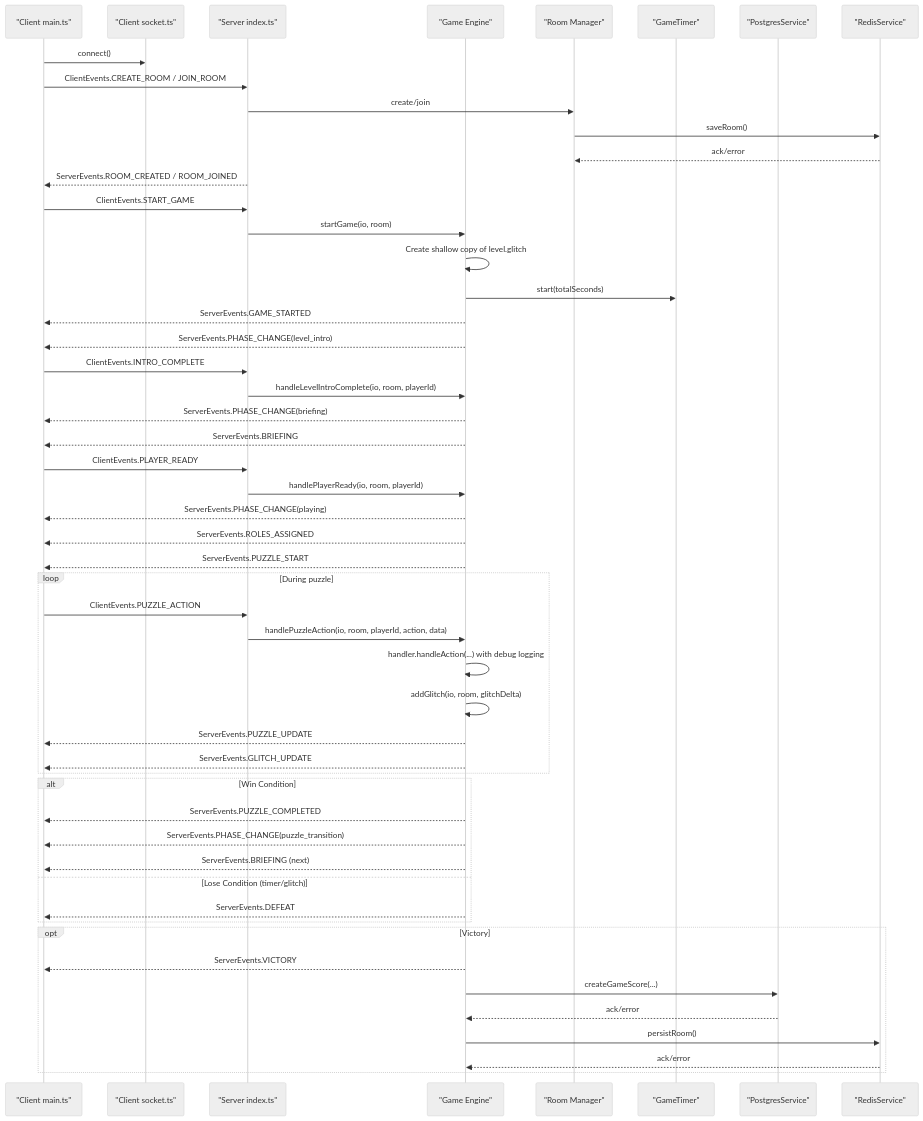
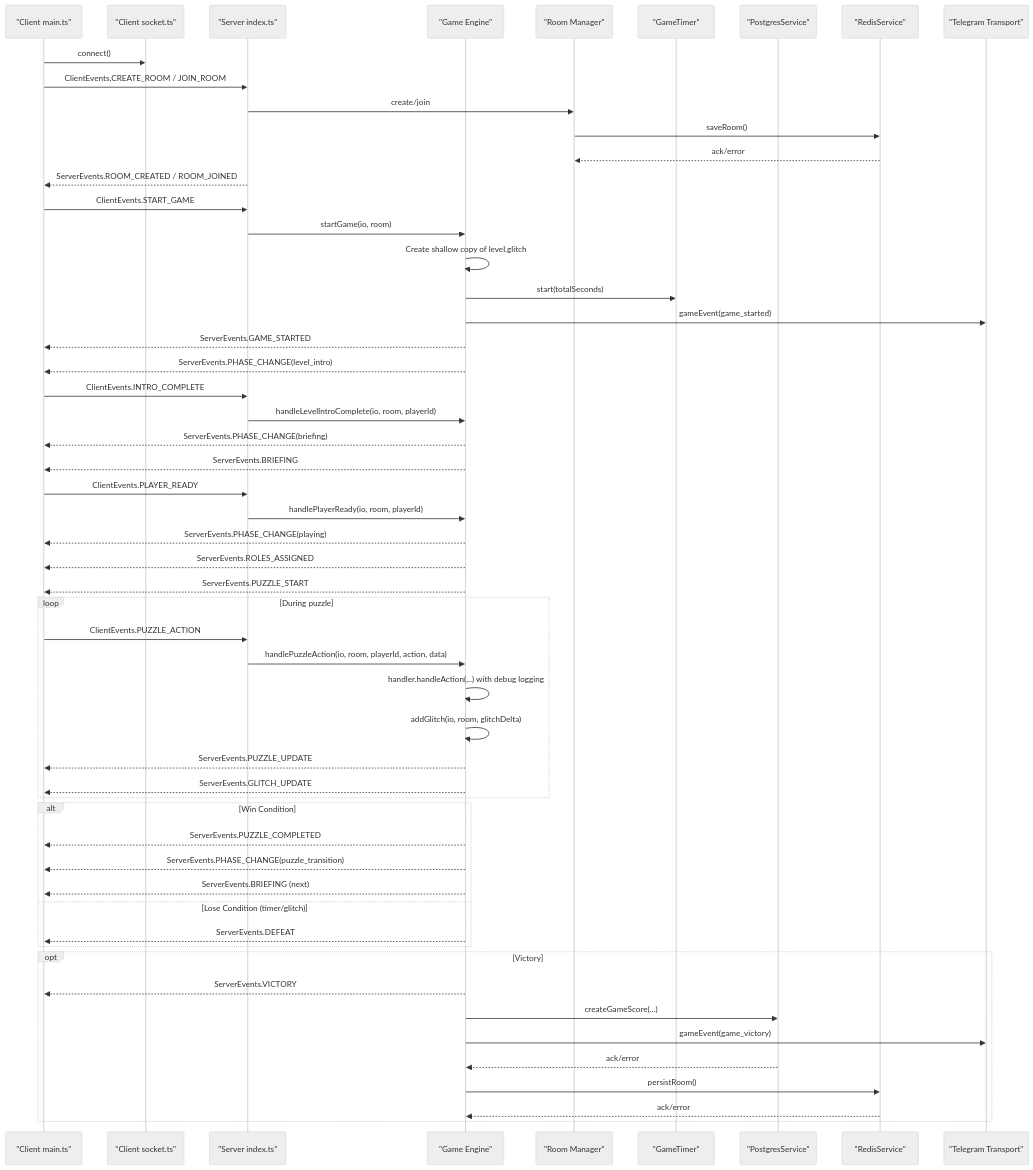
One commit to dkoukoul/escape-room-mvp changed the second of 5 diagrams in .qoder/repowiki/en/content/Game Engine.md. Above: the diagram before and after it, drawn with Mermaid (neutral theme). The commit also changed other lines of this file and 3 other files, not shown here.

````diff
--- a/.qoder/repowiki/en/content/Game Engine.md
+++ b/.qoder/repowiki/en/content/Game Engine.md
@@ -174,54 +179,57 @@
 ```mermaid
 sequenceDiagram
 participant Browser as "Client main.ts"
 participant Socket as "Client socket.ts"
 participant Server as "Server index.ts"
 participant Engine as "Game Engine"
 participant Room as "Room Manager"
 participant Timer as "GameTimer"
 participant DB as "PostgresService"
 participant Redis as "RedisService"
+participant Telegram as "Telegram Transport"
 Browser->>Socket : connect()
 Browser->>Server : ClientEvents.CREATE_ROOM / JOIN_ROOM
 Server->>Room : create/join
 Room->>Redis : saveRoom()
 Redis-->>Room : ack/error
 Server-->>Browser : ServerEvents.ROOM_CREATED / ROOM_JOINED
 Browser->>Server : ClientEvents.START_GAME
 Server->>Engine : startGame(io, room)
 Engine->>Engine : Create shallow copy of level.glitch
 Engine->>Timer : start(totalSeconds)
+Engine->>Telegram : gameEvent(game_started)
 Engine-->>Browser : ServerEvents.GAME_STARTED
 Engine-->>Browser : ServerEvents.PHASE_CHANGE(level_intro)
 Browser->>Server : ClientEvents.INTRO_COMPLETE
 Server->>Engine : handleLevelIntroComplete(io, room, playerId)
 Engine-->>Browser : ServerEvents.PHASE_CHANGE(briefing)
 Engine-->>Browser : ServerEvents.BRIEFING
 Browser->>Server : ClientEvents.PLAYER_READY
 Server->>Engine : handlePlayerReady(io, room, playerId)
 Engine-->>Browser : ServerEvents.PHASE_CHANGE(playing)
 Engine-->>Browser : ServerEvents.ROLES_ASSIGNED
 Engine-->>Browser : ServerEvents.PUZZLE_START
 loop During puzzle
 Browser->>Server : ClientEvents.PUZZLE_ACTION
 Server->>Engine : handlePuzzleAction(io, room, playerId, action, data)
 Engine->>Engine : handler.handleAction(...) with debug logging
 Engine->>Engine : addGlitch(io, room, glitchDelta)
 Engine-->>Browser : ServerEvents.PUZZLE_UPDATE
 Engine-->>Browser : ServerEvents.GLITCH_UPDATE
 end
 alt Win Condition
 Engine-->>Browser : ServerEvents.PUZZLE_COMPLETED
 Engine-->>Browser : ServerEvents.PHASE_CHANGE(puzzle_transition)
 Engine-->>Browser : ServerEvents.BRIEFING (next)
 else Lose Condition (timer/glitch)
 Engine-->>Browser : ServerEvents.DEFEAT
 end
 opt Victory
 Engine-->>Browser : ServerEvents.VICTORY
 Engine->>DB : createGameScore(...)
+Engine->>Telegram : gameEvent(game_victory)
 DB-->>Engine : ack/error
 Engine->>Redis : persistRoom()
 Redis-->>Engine : ack/error
 end
 ```
````
